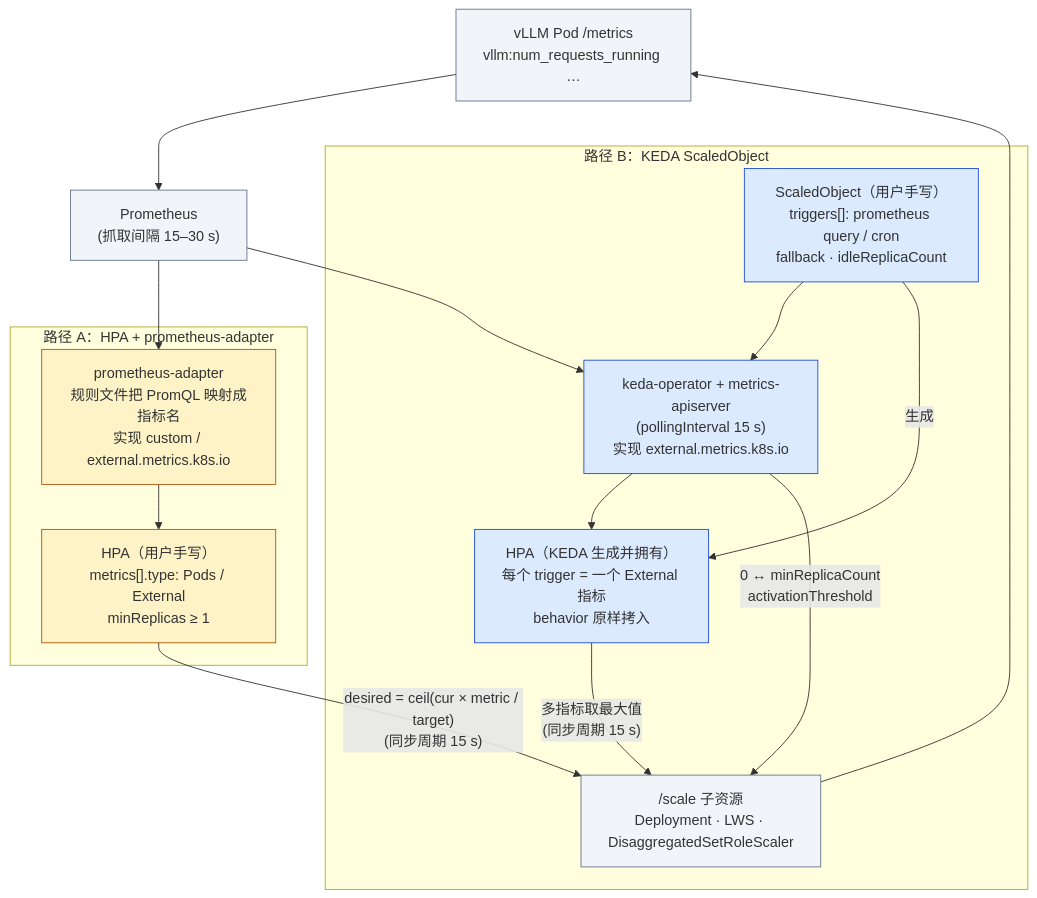
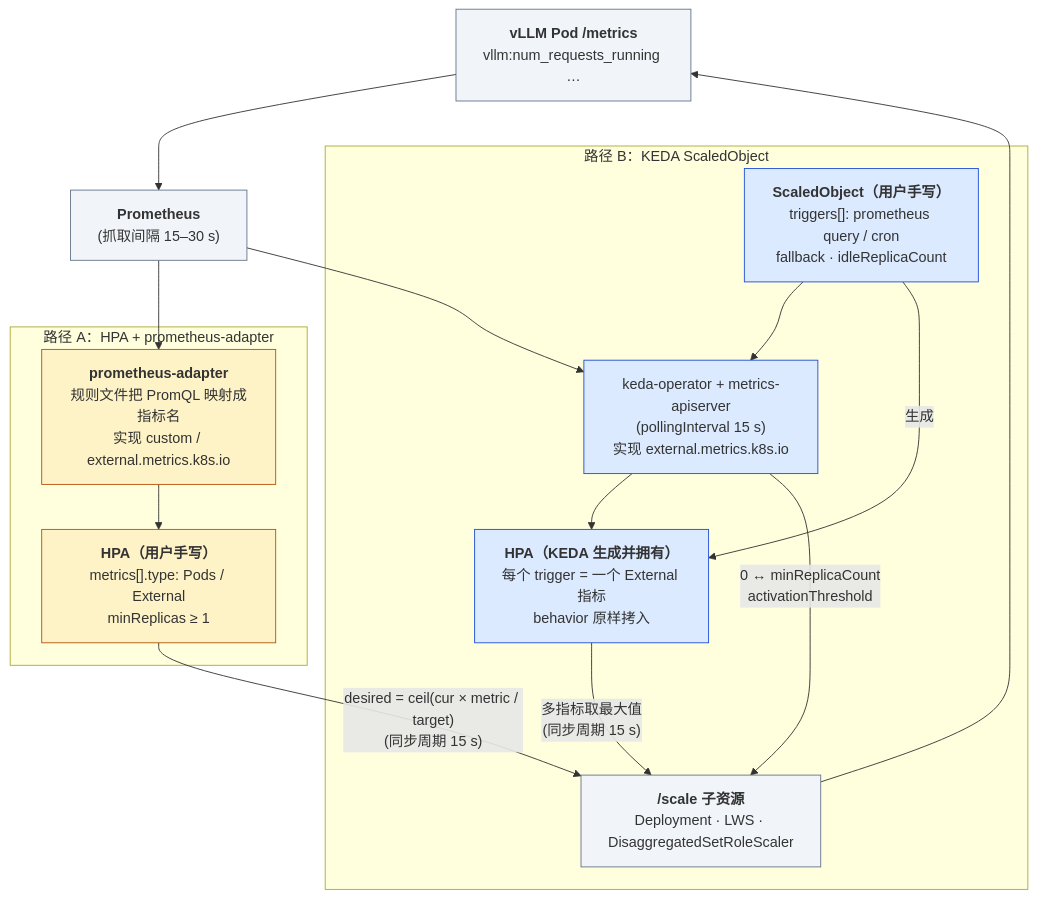
Before and after one commit to arganzheng/arganzheng.github.com: the fourth of 4 diagrams in _posts/2026-09-20-serving-platforms-kserve-triton-ray-serve-llm-d.md, drawn with Mermaid. The commit also changed other lines of this file and 8 other files, not shown here.

First line of the commit message:
AI 平台工程：资源层与交付层：Mermaid 多行方框的首行标为标题（9 篇）

````diff
--- a/_posts/2026-09-20-serving-platforms-kserve-triton-ray-serve-llm-d.md
+++ b/_posts/2026-09-20-serving-platforms-kserve-triton-ray-serve-llm-d.md
@@ -745,33 +745,33 @@
 ```mermaid
 %% 图：HPA + prometheus-adapter 与 KEDA 两条扩缩容链路：差别在谁拥有 HPA、PromQL 写在哪、0 ↔ 1 由谁做
 flowchart TB
-    VLLM["vLLM Pod /metrics<br/>vllm:num_requests_running …"]
-    PROM["Prometheus<br/>(抓取间隔 15–30 s)"]
+    VLLM["<b>vLLM Pod /metrics</b><br/>vllm:num_requests_running …"]
+    PROM["<b>Prometheus</b><br/>(抓取间隔 15–30 s)"]
     VLLM --> PROM
     subgraph hpaPath["路径 A：HPA + prometheus-adapter"]
-        AD["prometheus-adapter<br/>规则文件把 PromQL 映射成指标名<br/>实现 custom / external.metrics.k8s.io"]
-        HPA1["HPA（用户手写）<br/>metrics#91;#93;.type: Pods / External<br/>minReplicas ≥ 1"]
+        AD["<b>prometheus-adapter</b><br/>规则文件把 PromQL 映射成指标名<br/>实现 custom / external.metrics.k8s.io"]
+        HPA1["<b>HPA（用户手写）</b><br/>metrics#91;#93;.type: Pods / External<br/>minReplicas ≥ 1"]
         AD --> HPA1
     end
     subgraph kedaPath["路径 B：KEDA ScaledObject"]
-        SO["ScaledObject（用户手写）<br/>triggers#91;#93;: prometheus query / cron<br/>fallback · idleReplicaCount"]
+        SO["<b>ScaledObject（用户手写）</b><br/>triggers#91;#93;: prometheus query / cron<br/>fallback · idleReplicaCount"]
         KM["keda-operator + metrics-apiserver<br/>(pollingInterval 15 s)<br/>实现 external.metrics.k8s.io"]
-        HPA2["HPA（KEDA 生成并拥有）<br/>每个 trigger = 一个 External 指标<br/>behavior 原样拷入"]
+        HPA2["<b>HPA（KEDA 生成并拥有）</b><br/>每个 trigger = 一个 External 指标<br/>behavior 原样拷入"]
         SO --> KM
         SO -- "生成" --> HPA2
         KM --> HPA2
         KM -- "0 ↔ minReplicaCount<br/>activationThreshold" --> SCALE
     end
     PROM --> AD
     PROM --> KM
     HPA1 -- "desired = ceil(cur × metric / target)<br/>(同步周期 15 s)" --> SCALE
     HPA2 -- "多指标取最大值<br/>(同步周期 15 s)" --> SCALE
-    SCALE["/scale 子资源<br/>Deployment · LWS · DisaggregatedSetRoleScaler"]
+    SCALE["<b>/scale 子资源</b><br/>Deployment · LWS · DisaggregatedSetRoleScaler"]
     SCALE --> VLLM
     classDef src fill:#f1f5f9,stroke:#64748b;
     classDef a fill:#fef3c7,stroke:#b45309;
     classDef b fill:#dbeafe,stroke:#1d4ed8;
     class VLLM,PROM,SCALE src;
     class AD,HPA1 a;
     class SO,KM,HPA2 b;
 ```
````
